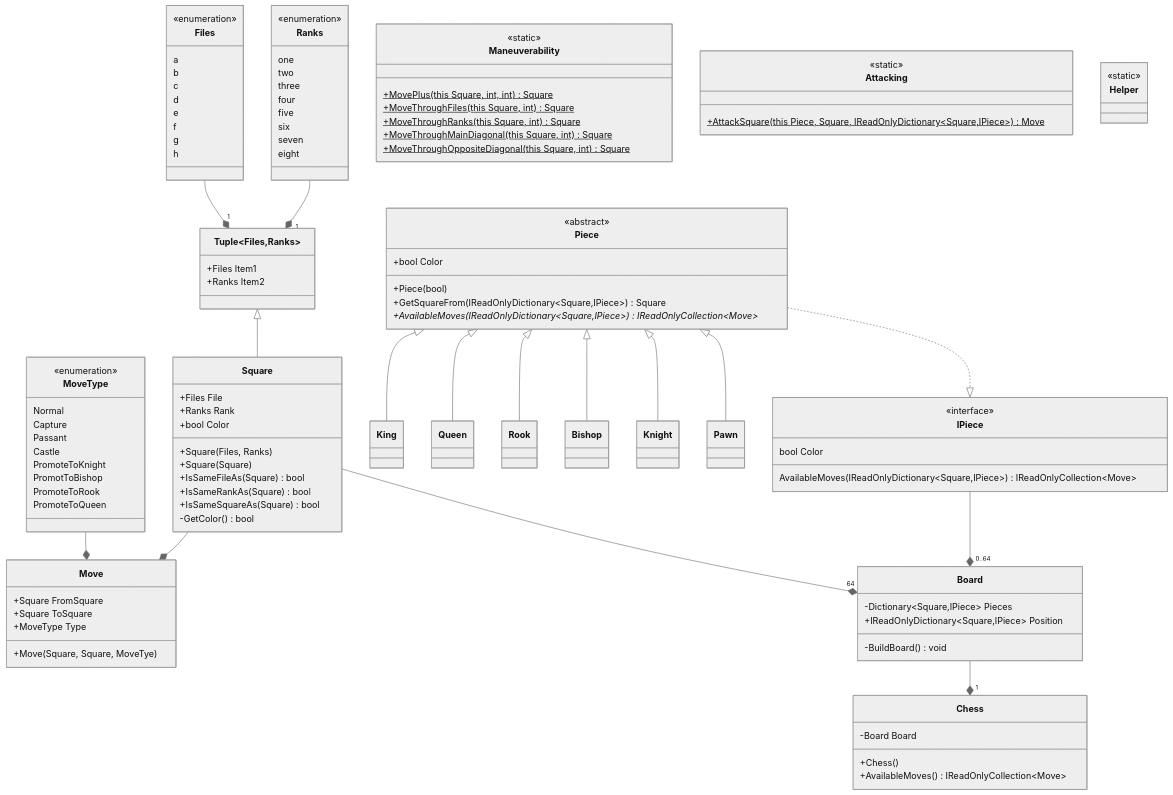
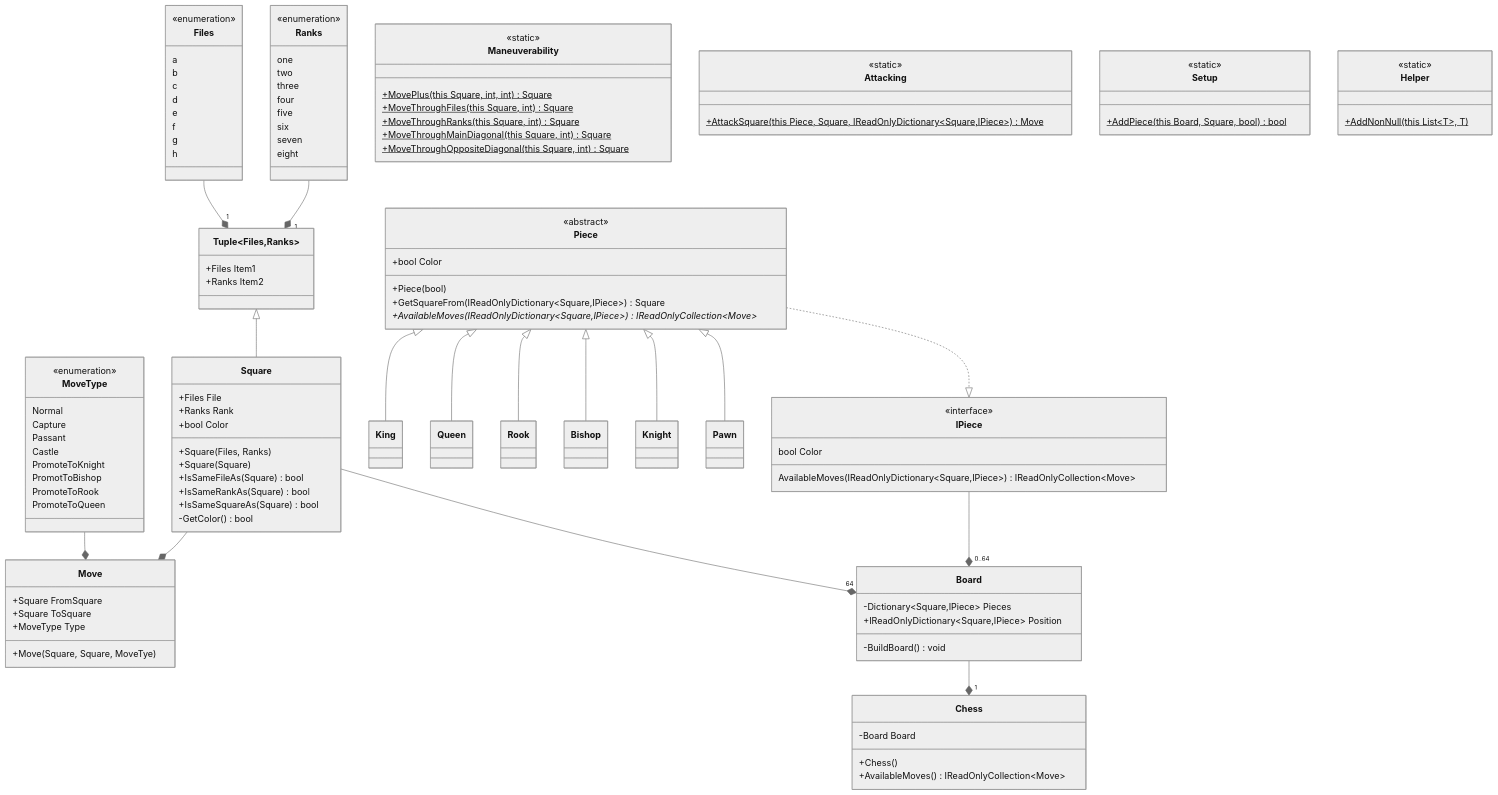
The diagram in UML Diagram/Core/Core.md (JeanLColombo/Mate), drawn with Mermaid (neutral theme) before and after one commit. The commit also changed 3 other files, not shown here.

Commit message:
Can add any generic Piece to the board

```diff
--- a/UML Diagram/Core/Core.md
+++ b/UML Diagram/Core/Core.md
@@ -100,8 +100,13 @@
         <<static>>
         +AttackSquare(this Piece, Square, IReadOnlyDictionary~Square,IPiece~)$ Move
     }
+    class Setup{
+        <<static>>
+        +AddPiece(this Board, Square, bool)$ bool
+    }
     class Helper{
         <<static>>
+        +AddNonNull(this List~T~, T)$
     }
     Ranks --* "1"  Tuple~Files,Ranks~
     Files --* "1"  Tuple~Files,Ranks~
```
